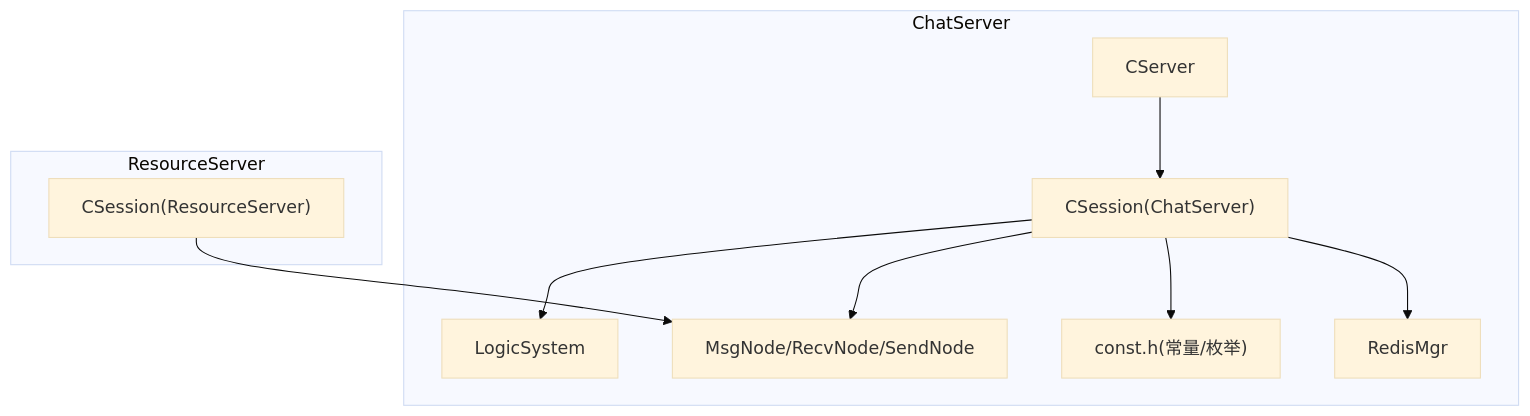
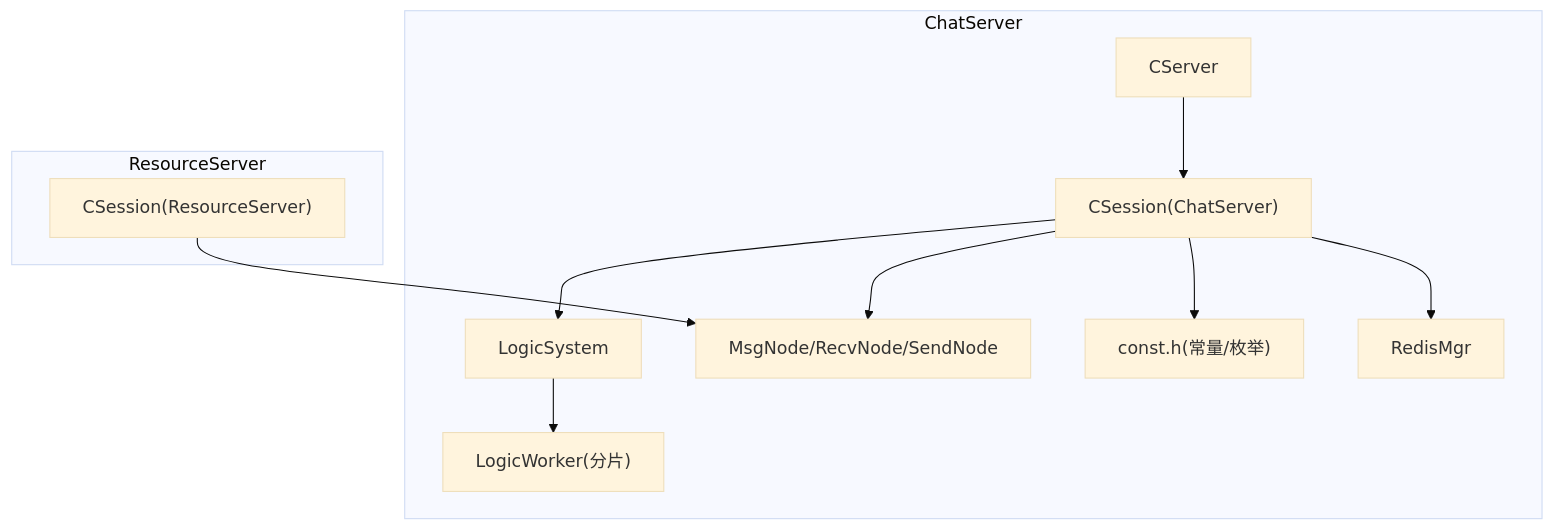
Before and after one commit to echo9923/mychatter: the first of 8 diagrams in .qoder/repowiki/zh/content/服务端开发/ChatServer聊天核心服务/会话管理/会话生命周期管理.md, drawn with Mermaid (base theme). The commit also changed other lines of this file and 54 other files, not shown here.

````diff
--- a/.qoder/repowiki/zh/content/服务端开发/ChatServer聊天核心服务/会话管理/会话生命周期管理.md
+++ b/.qoder/repowiki/zh/content/服务端开发/ChatServer聊天核心服务/会话管理/会话生命周期管理.md
@@ -45,20 +46,22 @@
 ```mermaid
 graph TB
 subgraph "ChatServer"
 CSrv["CServer"]
 CSess["CSession(ChatServer)"]
 LSys["LogicSystem"]
+LW["LogicWorker(分片)"]
 MsgN["MsgNode/RecvNode/SendNode"]
 Const["const.h(常量/枚举)"]
 Redis["RedisMgr"]
 end
 subgraph "ResourceServer"
 RSess["CSession(ResourceServer)"]
 end
 CSrv --> CSess
 CSess --> LSys
+LSys --> LW
 CSess --> MsgN
 CSess --> Const
 CSess --> Redis
 RSess --> MsgN
 ```
````
